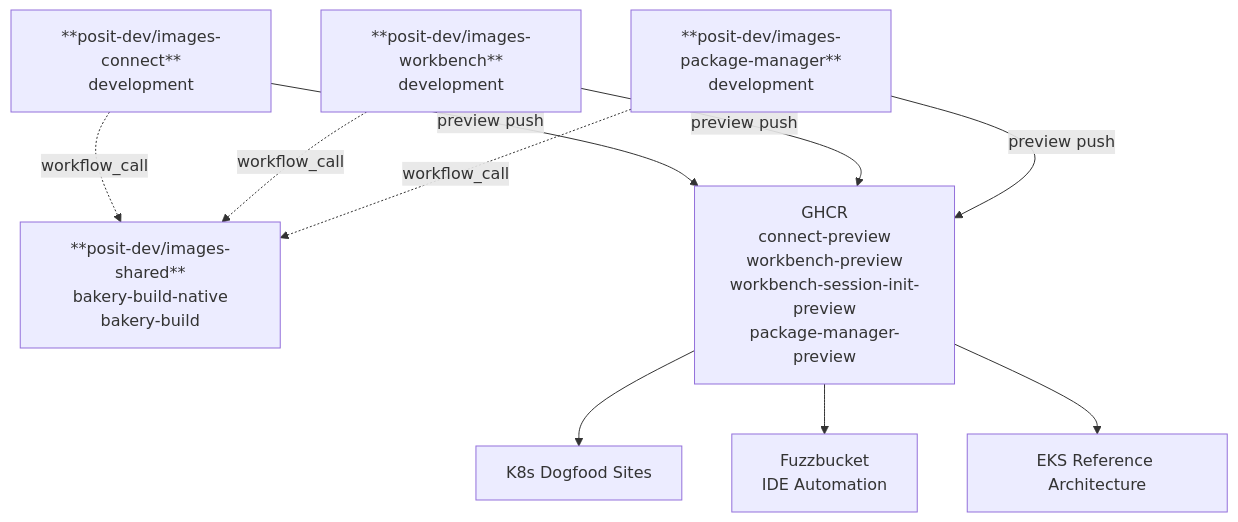
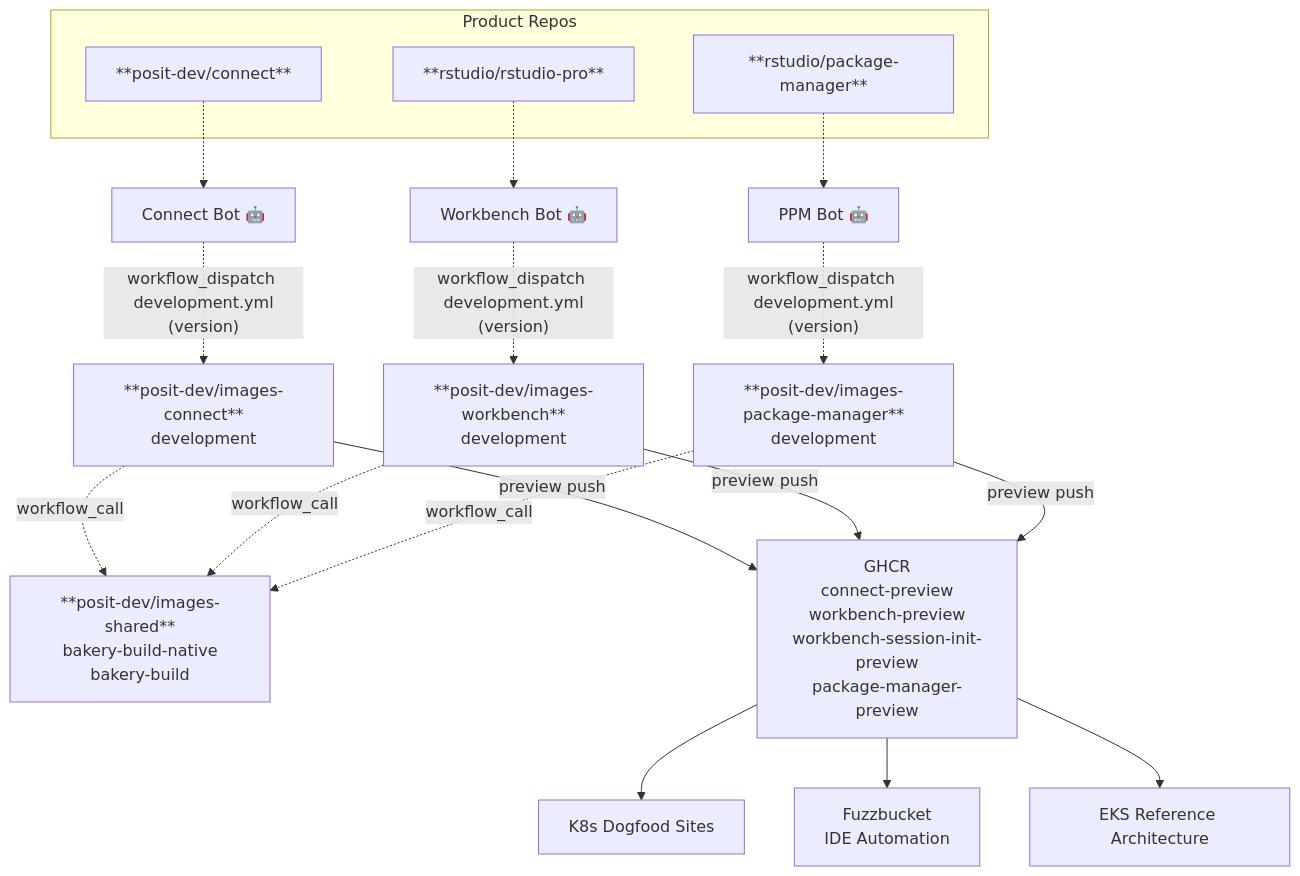
One commit to posit-dev/images-shared changed the third of 3 diagrams in docs/cross-repo-dag.md. Above: the diagram before and after it, drawn with Mermaid.

Commit message:
Add product repo triggers to dev/preview flow
Product repos dispatch development.yml with a version parameter
after their dev build completes. No helm chart updates are
triggered from the development flow.

````diff
--- a/docs/cross-repo-dag.md
+++ b/docs/cross-repo-dag.md
@@ -102,26 +102,44 @@
 ```mermaid
 graph TD
+    subgraph "Product Repos"
+        CONNECT_PROD["**posit-dev/connect**"]
+        WORKBENCH_PROD["**rstudio/rstudio-pro**"]
+        PPM_PROD["**rstudio/package-manager**"]
+    end
+
+    CONNECT_BOT["Connect Bot 🤖"]
+    WORKBENCH_BOT["Workbench Bot 🤖"]
+    PPM_BOT["PPM Bot 🤖"]
+
+    CONNECT_PROD -.-> CONNECT_BOT
+    WORKBENCH_PROD -.-> WORKBENCH_BOT
+    PPM_PROD -.-> PPM_BOT
+
+    CONNECT_BOT -.->|"workflow_dispatch development.yml<br/>(version)"| IMG_CONNECT
+    WORKBENCH_BOT -.->|"workflow_dispatch development.yml<br/>(version)"| IMG_WORKBENCH
+    PPM_BOT -.->|"workflow_dispatch development.yml<br/>(version)"| IMG_PM
+
     SHARED["**posit-dev/images-shared**<br/>bakery-build-native<br/>bakery-build"]
 
     IMG_CONNECT["**posit-dev/images-connect**<br/>development"]
     IMG_WORKBENCH["**posit-dev/images-workbench**<br/>development"]
     IMG_PM["**posit-dev/images-package-manager**<br/>development"]
 
     IMG_CONNECT -.->|workflow_call| SHARED
     IMG_WORKBENCH -.->|workflow_call| SHARED
     IMG_PM -.->|workflow_call| SHARED
 
     IMG_CONNECT -->|preview push| GHCR
     IMG_WORKBENCH -->|preview push| GHCR
     IMG_PM -->|preview push| GHCR
 
     GHCR["GHCR<br/>connect-preview<br/>workbench-preview<br/>workbench-session-init-preview<br/>package-manager-preview"]
 
     GHCR --> K8S
     GHCR --> FUZZBUCKET
     GHCR --> EKS_REF
 
     K8S["K8s Dogfood Sites"]
     FUZZBUCKET["Fuzzbucket<br/>IDE Automation"]
     EKS_REF["EKS Reference Architecture"]
 ```
````
